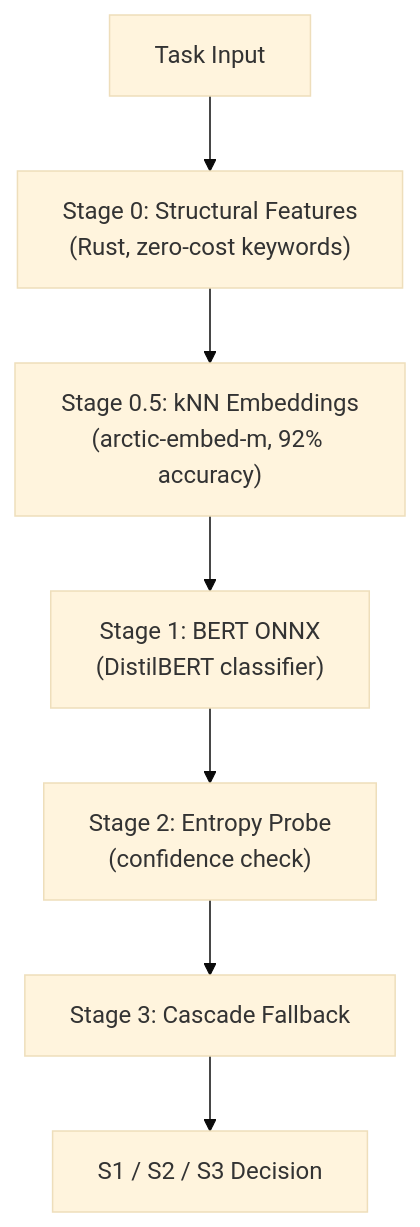
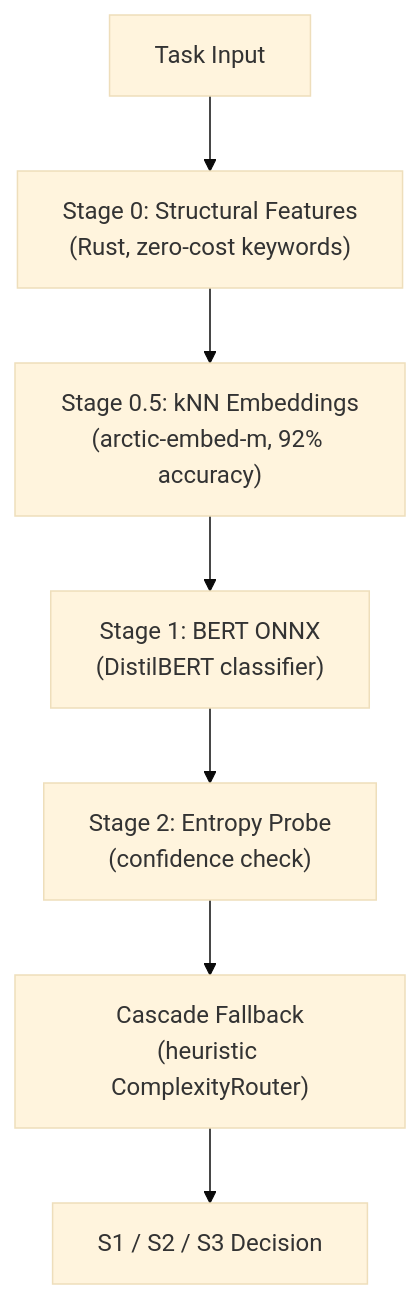
One commit to yannabadie/YGN-SAGE changed the third of 3 diagrams in docs/architecture/overview.md. Above: the diagram before and after it, drawn with Mermaid (base theme). The commit also changed other lines of this file and 10 other files, not shown here.

````diff
--- a/docs/architecture/overview.md
+++ b/docs/architecture/overview.md
@@ -166,12 +166,12 @@
 ```mermaid
 flowchart TB
     Input["Task Input"]
     S0["Stage 0: Structural Features<br/>(Rust, zero-cost keywords)"]
     S05["Stage 0.5: kNN Embeddings<br/>(arctic-embed-m, 92% accuracy)"]
     S1["Stage 1: BERT ONNX<br/>(DistilBERT classifier)"]
     S2["Stage 2: Entropy Probe<br/>(confidence check)"]
-    S3["Stage 3: Cascade Fallback"]
+    S3["Cascade Fallback<br/>(heuristic ComplexityRouter)"]
     Decision["S1 / S2 / S3 Decision"]
 
     Input --> S0 --> S05 --> S1 --> S2 --> S3 --> Decision
 ```
````
